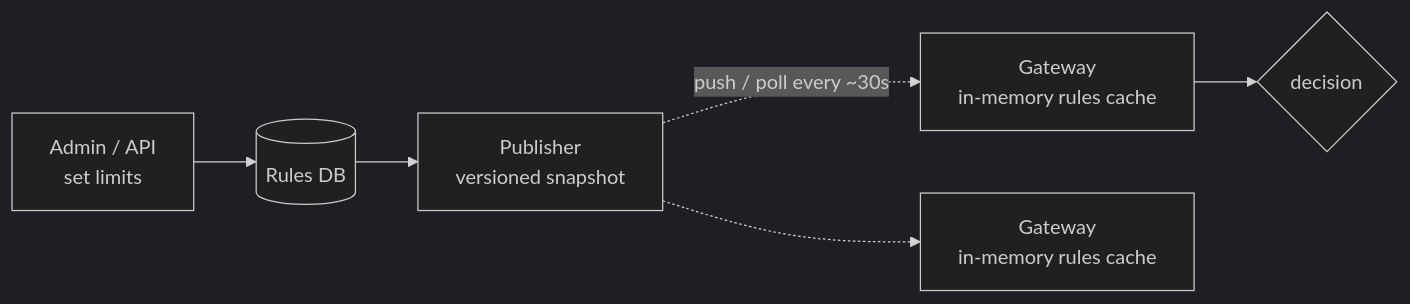
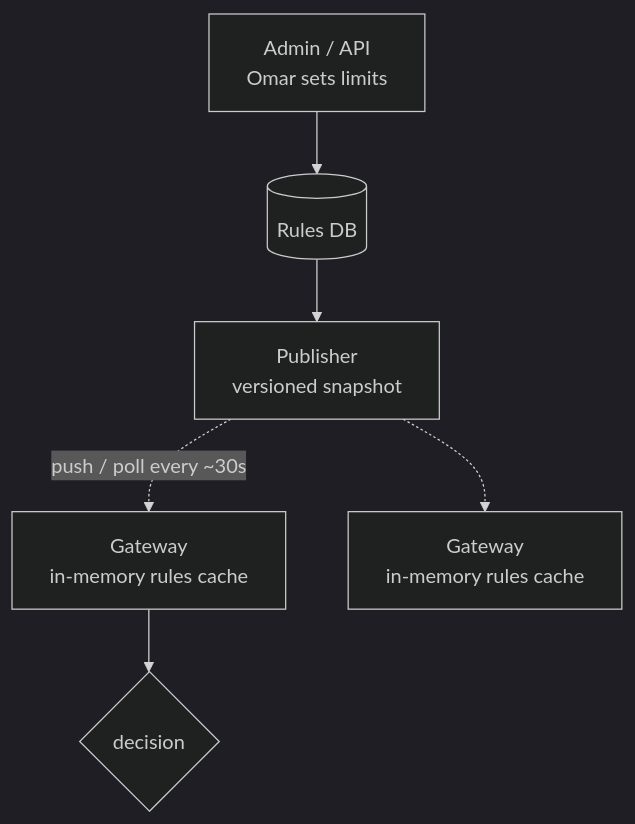
One commit to ravivarmachaluvadi/Learning changed the sixth of 7 diagrams in 60-distributed-rate-limiting/README.md. Above: the diagram before and after it, drawn with Mermaid (dark theme). The commit also changed other lines of this file, not shown here.

````diff
--- a/60-distributed-rate-limiting/README.md
+++ b/60-distributed-rate-limiting/README.md
@@ -1029,8 +1315,8 @@
 ```mermaid
-flowchart LR
-    A["Admin / API<br/>set limits"] --> DB[(Rules DB)]
+flowchart TD
+    A["Admin / API<br/>Omar sets limits"] --> DB[(Rules DB)]
     DB --> PUB["Publisher<br/>versioned snapshot"]
     PUB -.->|"push / poll every ~30s"| G1["Gateway<br/>in-memory rules cache"]
     PUB -.-> G2["Gateway<br/>in-memory rules cache"]
     G1 --> D{"decision"}
 ```
````
